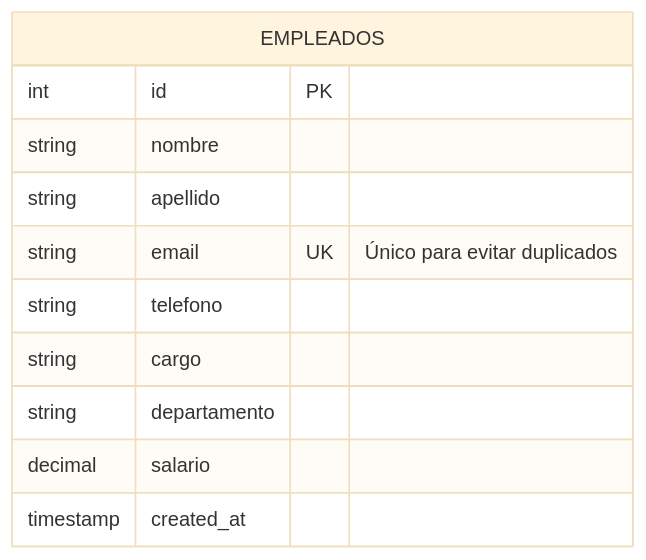
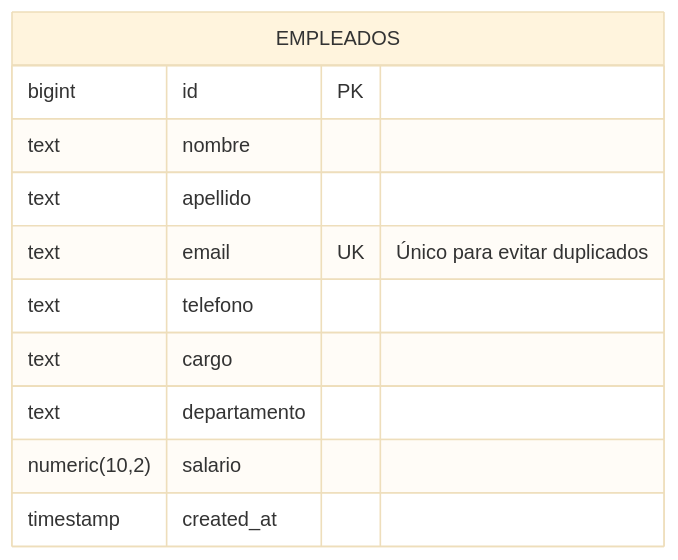
One commit to santipiloot/procesador-csv changed the diagram in README.md. Above: the diagram before and after it, drawn with Mermaid (base theme). The commit also changed other lines of this file, not shown here.

Commit message:
fix: arreglar readme

````diff
--- a/README.md
+++ b/README.md
@@ -43,14 +42,14 @@
 ```mermaid
 erDiagram
     EMPLEADOS {
-        int id PK
-        string nombre
-        string apellido
-        string email UK "Único para evitar duplicados"
-        string telefono
-        string cargo
-        string departamento
-        decimal salario
+        bigint id PK
+        text nombre
+        text apellido
+        text email UK "Único para evitar duplicados"
+        text telefono
+        text cargo
+        text departamento
+        numeric(10,2) salario
         timestamp created_at
     }
 ```  
````
